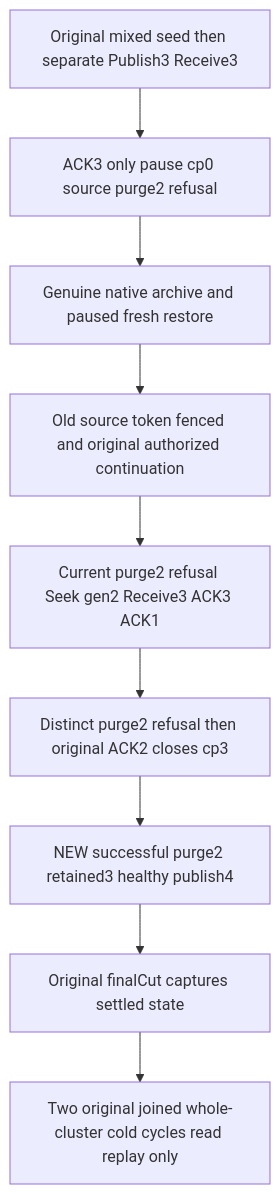
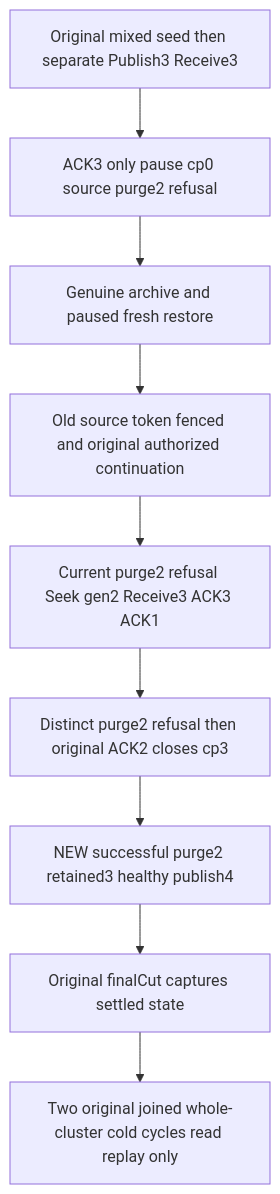
The diagram in docs/Features/EventStreams/UnackedPinArchivePublic.md (managedcode/KeyLoad), drawn with Mermaid before and after one commit. The commit also changed other lines of this file and 9016 other files, not shown here.

````diff
--- a/docs/Features/EventStreams/UnackedPinArchivePublic.md
+++ b/docs/Features/EventStreams/UnackedPinArchivePublic.md
@@ -23,11 +23,11 @@
 ```mermaid
 flowchart TD
  A[Original mixed seed then separate Publish3 Receive3] --> B[ACK3 only pause cp0 source purge2 refusal]
- B --> C[Genuine native archive and paused fresh restore]
+ B --> C[Genuine archive and paused fresh restore]
  C --> D[Old source token fenced and original authorized continuation]
  D --> E[Current purge2 refusal Seek gen2 Receive3 ACK3 ACK1]
  E --> F[Distinct purge2 refusal then original ACK2 closes cp3]
  F --> G[NEW successful purge2 retained3 healthy publish4]
  G --> H[Original finalCut captures settled state]
  H --> I[Two original joined whole-cluster cold cycles read replay only]
 ```
````
